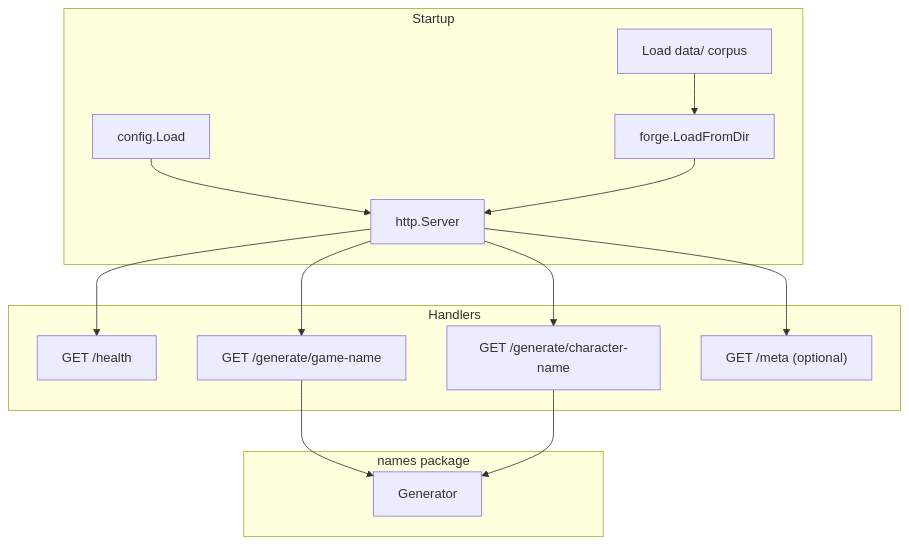
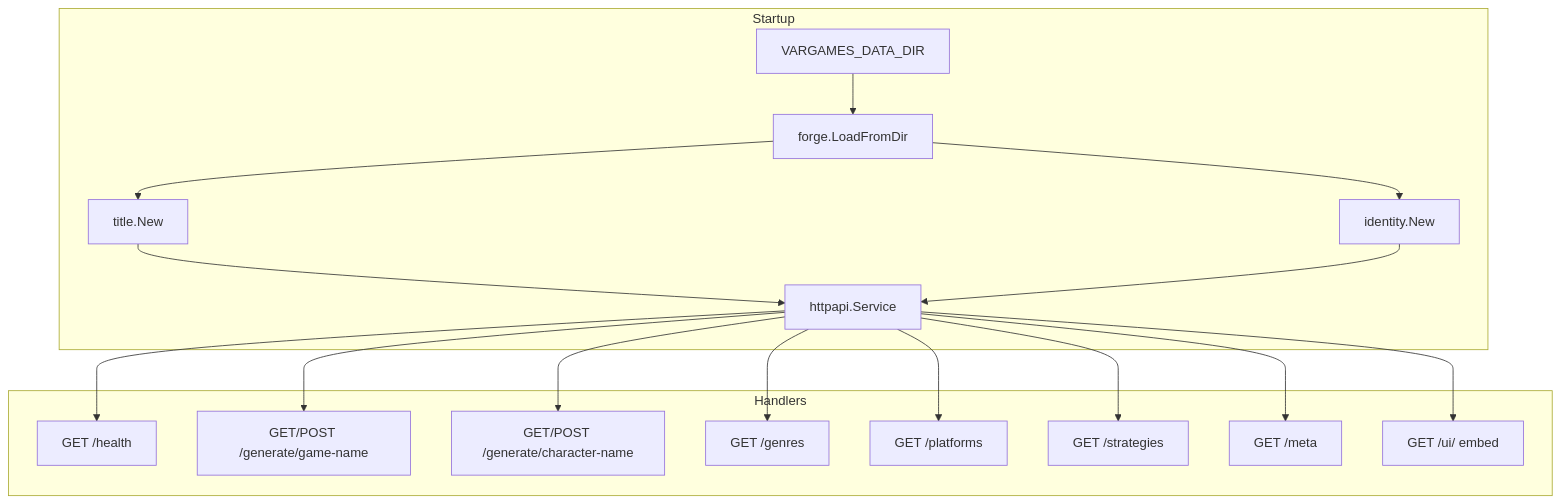
The diagram in planning/HTTP-API.md (ridespirals/vargames-name-gen), drawn with Mermaid before and after one commit. The commit also changed other lines of this file and 27 other files, not shown here.

````diff
--- a/planning/HTTP-API.md
+++ b/planning/HTTP-API.md
@@ -24,22 +24,24 @@
 ```mermaid
 flowchart TB
   subgraph startup [Startup]
-    Config[config.Load]
-  DataDir[Load data/ corpus]
-  Names[forge.LoadFromDir]
-  Config --> Server
-  DataDir --> Names --> Server[http.Server]
+    DataDir[VARGAMES_DATA_DIR]
+    Load[forge.LoadFromDir]
+    Titles[title.New]
+    Identity[identity.New]
+    DataDir --> Load --> Titles
+    Load --> Identity
+    Titles --> Service[httpapi.Service]
+    Identity --> Service
   end
 
   subgraph handlers [Handlers]
-    Server --> Health["GET /health"]
-    Server --> Game["GET /generate/game-name"]
-    Server --> Char["GET /generate/character-name"]
-    Server --> Meta["GET /meta (optional)"]
-  end
-
-  subgraph names_pkg [names package]
-    Game --> Gen[Generator]
-    Char --> Gen
+    Service --> Health["GET /health"]
+    Service --> Game["GET/POST /generate/game-name"]
+    Service --> Char["GET/POST /generate/character-name"]
+    Service --> Genres["GET /genres"]
+    Service --> Platforms["GET /platforms"]
+    Service --> Strategies["GET /strategies"]
+    Service --> Meta["GET /meta"]
+    Service --> UI["GET /ui/ embed"]
   end
 ```
````
